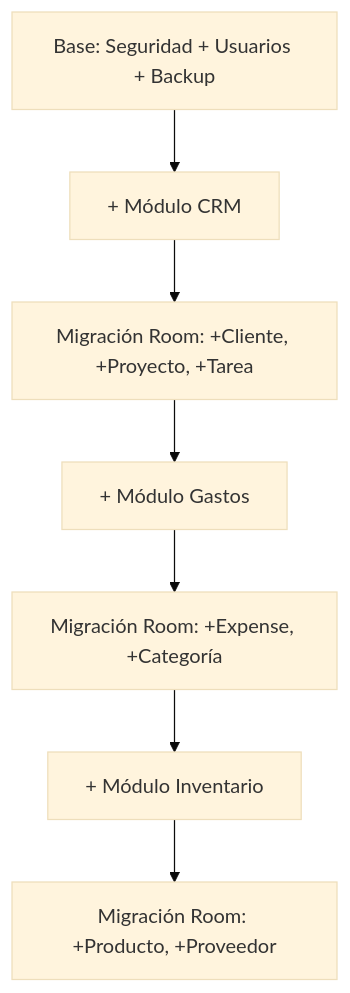
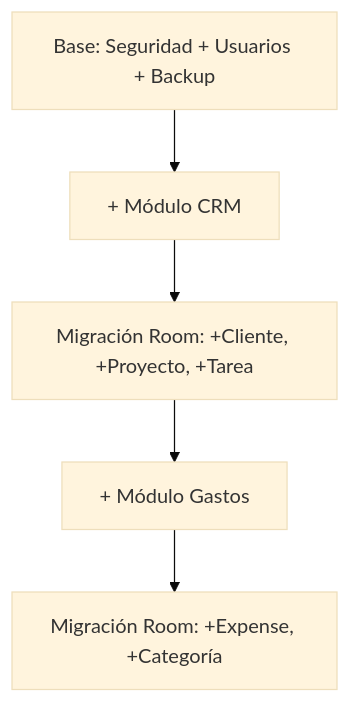
The second of 3 diagrams in documentación/arquitectura.md (friaseus-coder/Aegis-Core), drawn with Mermaid (base theme) before and after one commit. The commit also changed other lines of this file and 43 other files, not shown here.

````diff
--- a/documentación/arquitectura.md
+++ b/documentación/arquitectura.md
@@ -157,9 +156,7 @@
 ```mermaid
 flowchart TD
     A[Base: Seguridad + Usuarios + Backup] --> B[+ Módulo CRM]
     B --> C[Migración Room: +Cliente, +Proyecto, +Tarea]
     C --> D[+ Módulo Gastos]
     D --> E[Migración Room: +Expense, +Categoría]
-    E --> F[+ Módulo Inventario]
-    F --> G[Migración Room: +Producto, +Proveedor]
 ```
````
